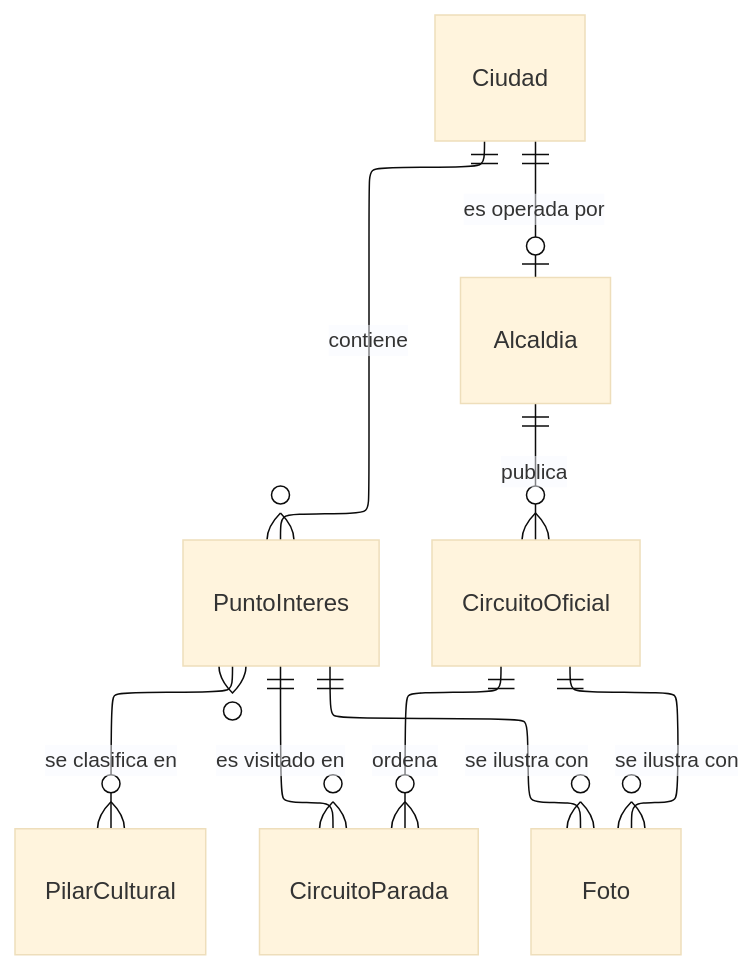
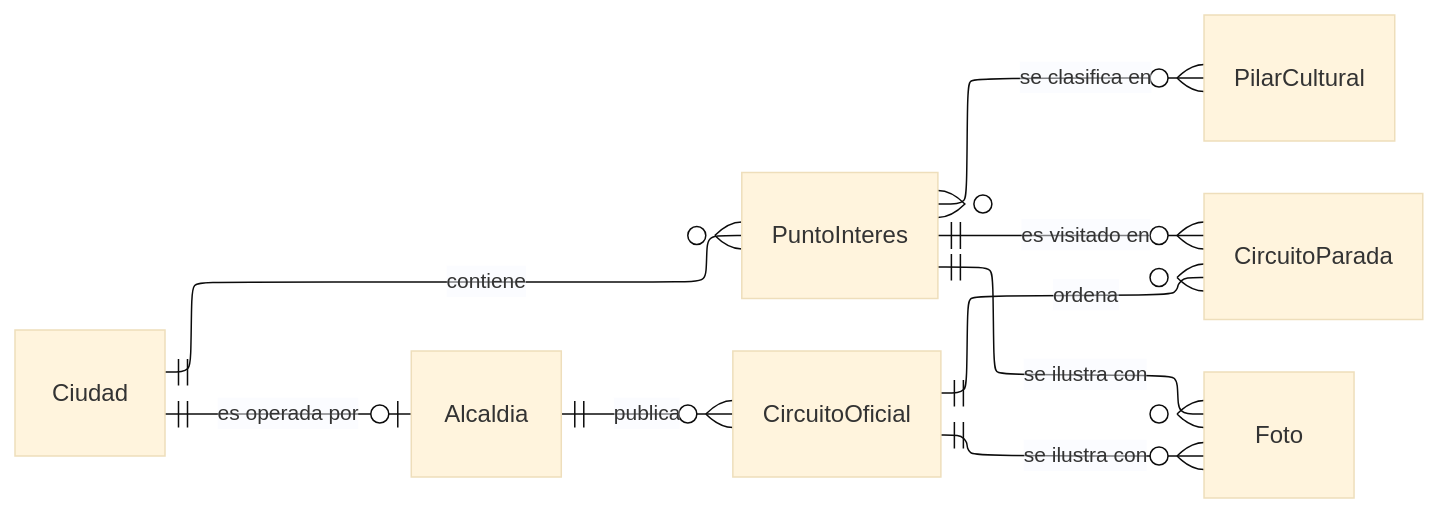
One commit to Los-Come-Tuani/api changed the diagram in docs/diagramas/entidad-relacion/conceptual/territorio.md. Above: the diagram before and after it, drawn with Mermaid (base theme). The commit also changed 91 other files, not shown here.

Commit message:
docs!(diagramas): actividades + casos de uso

````diff
--- a/docs/diagramas/entidad-relacion/conceptual/territorio.md
+++ b/docs/diagramas/entidad-relacion/conceptual/territorio.md
@@ -23,19 +23,20 @@
 ```mermaid
 ---
 config:
   elk:
     mergeEdges: false
     nodePlacementStrategy: NETWORK_SIMPLEX
   fontFamily: monospace
   layout: elk
 ---
 erDiagram
+    direction LR
     Ciudad ||--o| Alcaldia : "es operada por"
     PuntoInteres }o--o{ PilarCultural : "se clasifica en"
     Ciudad ||--o{ PuntoInteres : "contiene"
     Alcaldia ||--o{ CircuitoOficial : "publica"
     CircuitoOficial ||--o{ CircuitoParada : "ordena"
     PuntoInteres ||--o{ CircuitoParada : "es visitado en"
     CircuitoOficial ||--o{ Foto : "se ilustra con"
     PuntoInteres ||--o{ Foto : "se ilustra con"
 ```
````
